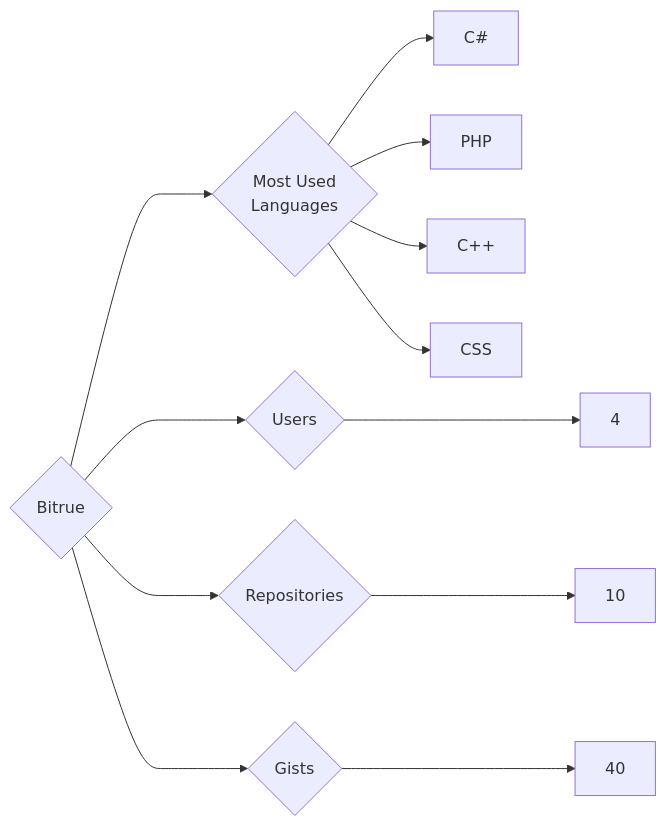
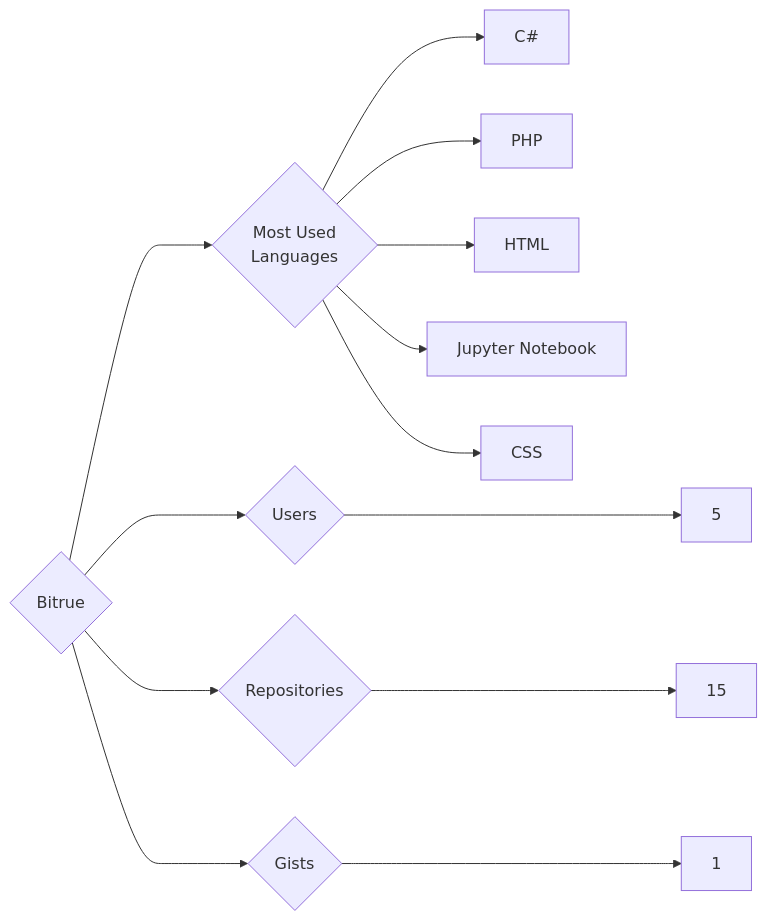
The diagram in targets/Bitrue/README.md (trickest/insiders), drawn with Mermaid before and after one commit. The commit also changed 1212 other files, not shown here.

````diff
--- a/targets/Bitrue/README.md
+++ b/targets/Bitrue/README.md
@@ -3,12 +3,13 @@
 ```mermaid
 graph LR
 COMPANY_NAME{Bitrue}
-COMPANY_NAME ---> U{Users} ---> UN[4]
-COMPANY_NAME ---> R{Repositories} ---> RN[10]
-COMPANY_NAME ---> G{Gists} ---> GN[40]
+COMPANY_NAME ---> U{Users} ---> UN[5]
+COMPANY_NAME ---> R{Repositories} ---> RN[15]
+COMPANY_NAME ---> G{Gists} ---> GN[1]
 COMPANY_NAME ---> ML{Most Used<br>Languages}
 ML --> C#[C#]
 ML --> PHP[PHP]
-ML --> C++[C++]
+ML --> HTML[HTML]
+ML --> Jupyter_Notebook[Jupyter Notebook]
 ML --> CSS[CSS]
 ```
````
